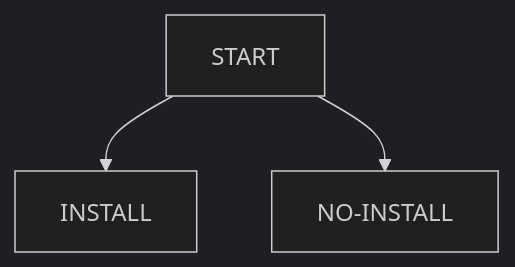
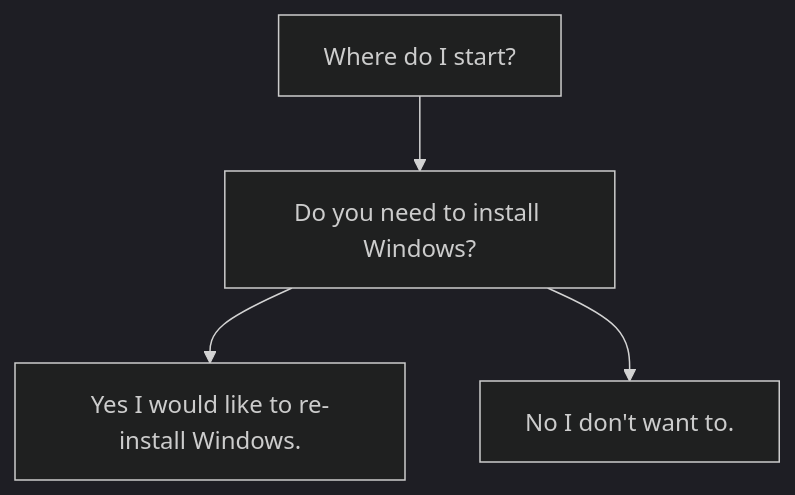
One commit to anthonymendez/Improve-Windows-11 changed the diagram in README.md. Above: the diagram before and after it, drawn with Mermaid (dark theme).

Commit message:
Add labels to nodes.

````diff
--- a/README.md
+++ b/README.md
@@ -22,5 +22,6 @@
 ```mermaid
    graph TD;
-      START-->INSTALL
-      START-->NO-INSTALL
+      START[Where do I start?]-->INSTALL["Do you need to install Windows?"]
+      INSTALL-->YES-INSTALL["Yes I would like to re-install Windows."]
+      INSTALL-->NO-INSTALL["No I don't want to."]
 ```
````
